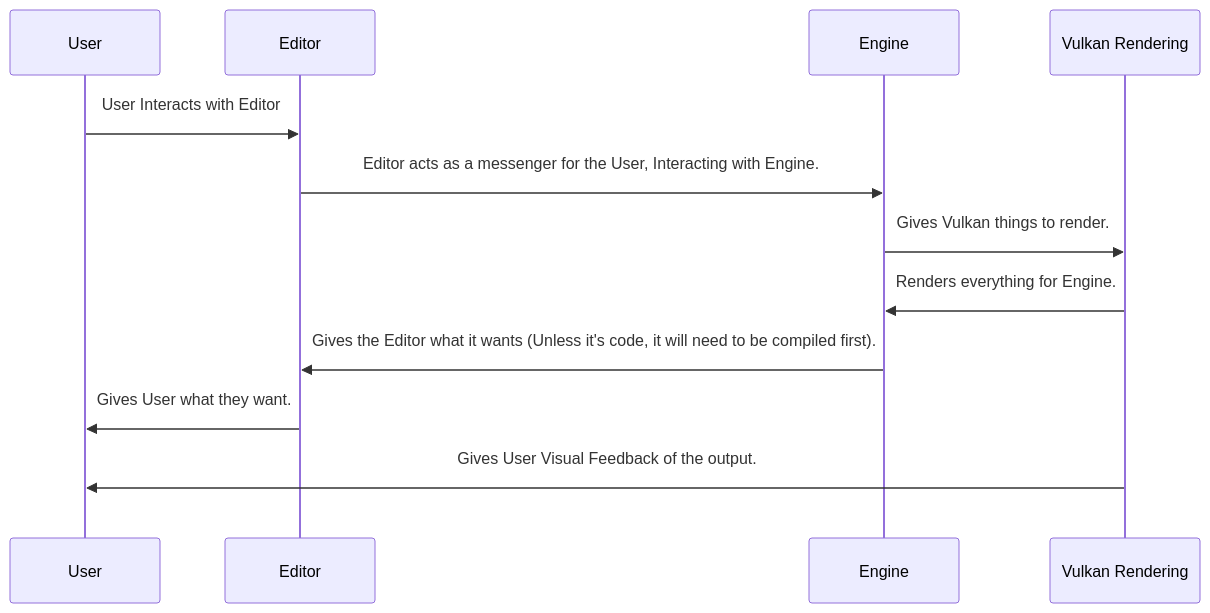
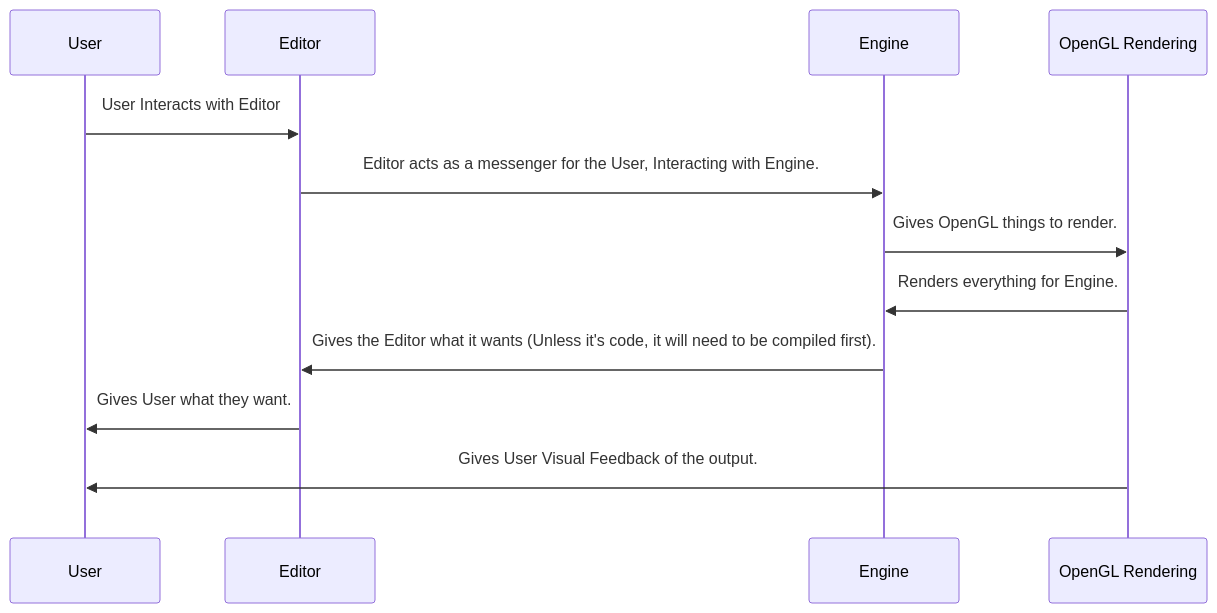
Before and after one commit to UnderTheBedStudios/LumenX: the diagram in README.md, drawn with Mermaid. The commit also changed other lines of this file, not shown here.

Commit message:
Updating README.md because it was a bit too ambitious.

````diff
--- a/README.md
+++ b/README.md
@@ -22,11 +22,11 @@
 ``` mermaid
 %%{init: { 'config': { 'boxMargin': 25, 'actorMargin': 0 } } }%%
 sequenceDiagram
     User->>Editor: User Interacts with Editor
     Editor->>Engine: Editor acts as a messenger for the User, Interacting with Engine.
-    Engine->>Vulkan Rendering: Gives Vulkan things to render.
-    Vulkan Rendering->>Engine: Renders everything for Engine.
+    Engine->>OpenGL Rendering: Gives OpenGL things to render.
+    OpenGL Rendering->>Engine: Renders everything for Engine.
     Engine->>Editor: Gives the Editor what it wants (Unless it's code, it will need to be compiled first).
     Editor->>User: Gives User what they want.
-    Vulkan Rendering->>User: Gives User Visual Feedback of the output.
+    OpenGL Rendering->>User: Gives User Visual Feedback of the output.
 ```
````
